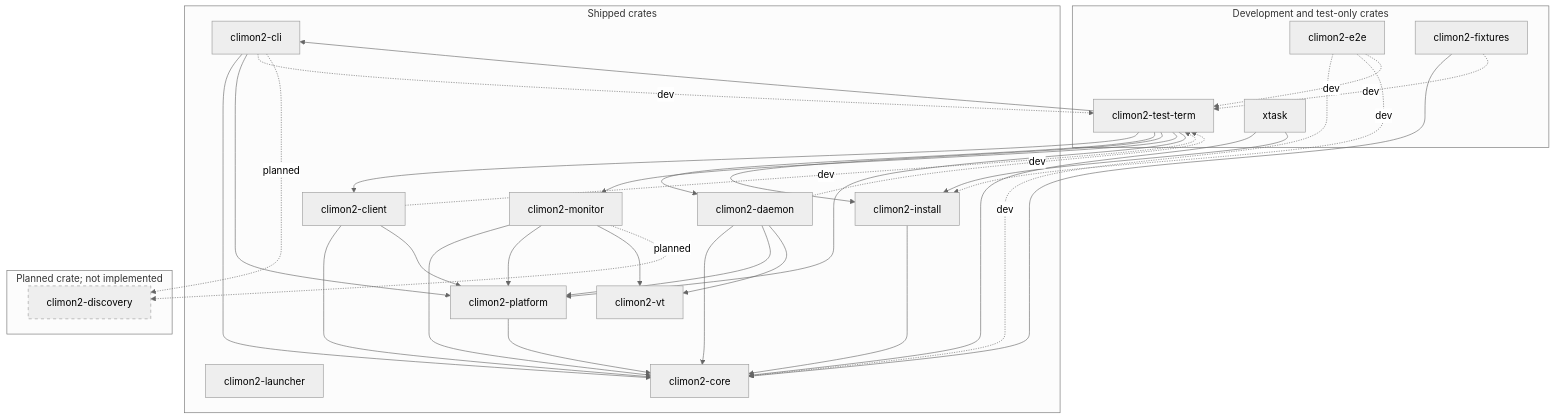
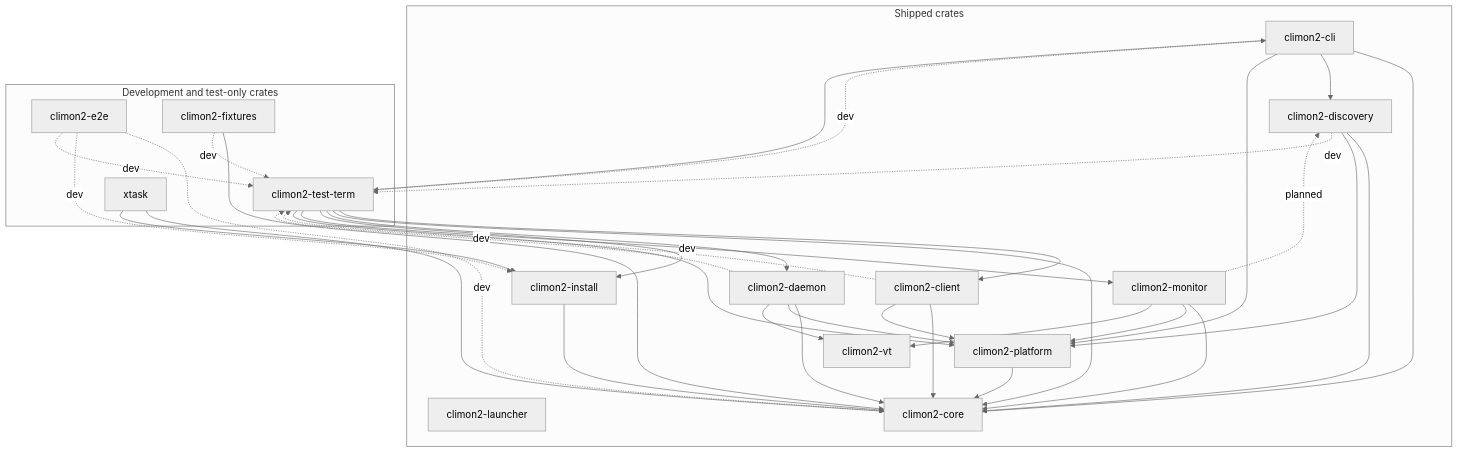
Before and after one commit to jackgeek/climon2: the diagram in docs/crate-relationships.md, drawn with Mermaid (neutral theme). The commit also changed other lines of this file and 24 other files, not shown here.

First line of the commit message:
Extract shared discovery into climon2-discovery with unchanged CLI behaviour (#162)

````diff
--- a/docs/crate-relationships.md
+++ b/docs/crate-relationships.md
@@ -10,58 +10,59 @@
 ```mermaid
 flowchart TB
     subgraph shipped["Shipped crates"]
         launcher["climon2-launcher"]
         cli["climon2-cli"]
+        discovery["climon2-discovery"]
         client["climon2-client"]
         daemon["climon2-daemon"]
         install["climon2-install"]
         monitor["climon2-monitor"]
         platform["climon2-platform"]
         core["climon2-core"]
         vt["climon2-vt"]
 
         cli --> core
+        cli --> discovery
         cli --> platform
+        discovery --> core
+        discovery --> platform
         client --> core
         client --> platform
         daemon --> core
         daemon --> platform
         daemon --> vt
         install --> core
         monitor --> core
         monitor --> platform
         monitor --> vt
         platform --> core
     end
 
     subgraph development["Development and test-only crates"]
         test_term["climon2-test-term"]
         e2e["climon2-e2e"]
         fixtures["climon2-fixtures"]
         xtask["xtask"]
     end
 
     cli -.->|"dev"| test_term
+    discovery -.->|"dev"| test_term
     client -.->|"dev"| test_term
     daemon -.->|"dev"| test_term
     test_term --> cli
     test_term --> client
+    test_term --> core
     test_term --> daemon
     test_term --> install
     test_term --> monitor
     test_term --> platform
     e2e -.->|"dev"| core
     e2e -.->|"dev"| install
     e2e -.->|"dev"| test_term
     fixtures --> core
     fixtures -.->|"dev"| test_term
     xtask --> core
     xtask --> install
 
-    subgraph planned["Planned crate; not implemented"]
-        discovery["climon2-discovery"]
-    end
-    cli -.->|"planned"| discovery
     monitor -.->|"planned"| discovery
-    style discovery stroke-dasharray: 5 5
 ```
````
